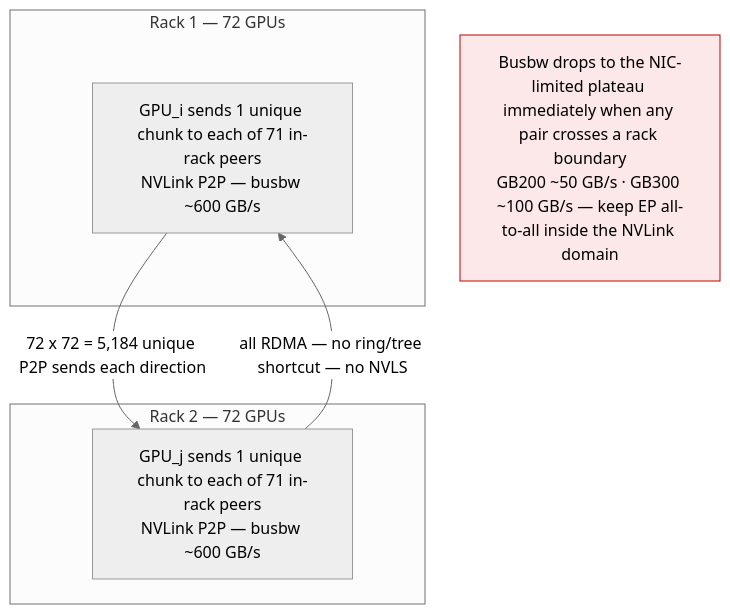
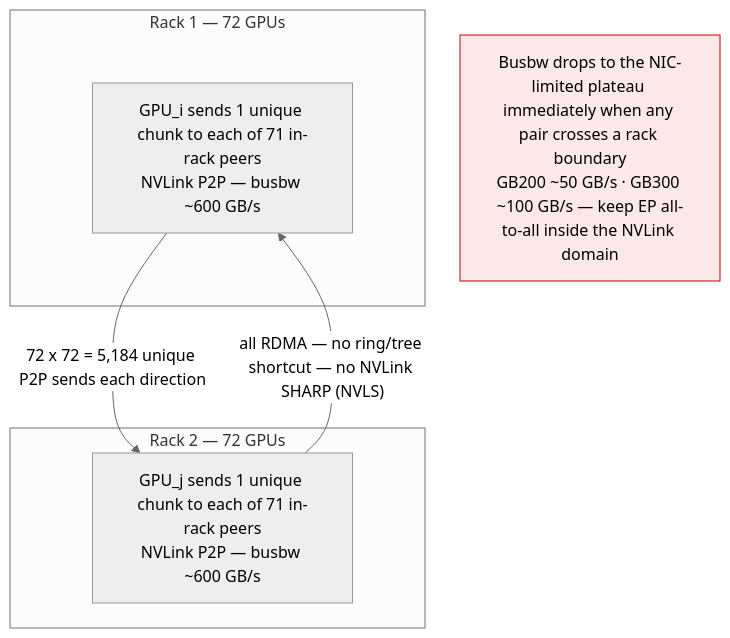
Before and after one commit to dfwguy/validation: the eighth of 11 diagrams in nvl72.md, drawn with Mermaid (neutral theme). The commit also changed other lines of this file, not shown here.

Commit message:
Add PXN/rails note for AllToAll; spell out NVLink SHARP (NVLS) throughout

````diff
--- a/nvl72.md
+++ b/nvl72.md
@@ -484,13 +484,13 @@
 ```mermaid
 flowchart TB
     subgraph R1["Rack 1 — 72 GPUs"]
         A1["GPU_i sends 1 unique chunk to each of 71 in-rack peers<br/>NVLink P2P — busbw ~600 GB/s"]
     end
     subgraph R2["Rack 2 — 72 GPUs"]
         A2["GPU_j sends 1 unique chunk to each of 71 in-rack peers<br/>NVLink P2P — busbw ~600 GB/s"]
     end
     A1 -->|"72 x 72 = 5,184 unique P2P sends each direction"| A2
-    A2 -->|"all RDMA — no ring/tree shortcut — no NVLS"| A1
+    A2 -->|"all RDMA — no ring/tree shortcut — no NVLink SHARP (NVLS)"| A1
     BWKEY2["Busbw drops to the NIC-limited plateau immediately when any pair crosses a rack boundary<br/>GB200 ~50 GB/s · GB300 ~100 GB/s — keep EP all-to-all inside the NVLink domain"]
     style BWKEY2 fill:#fce8e8,stroke:#c00000
 ```
````
